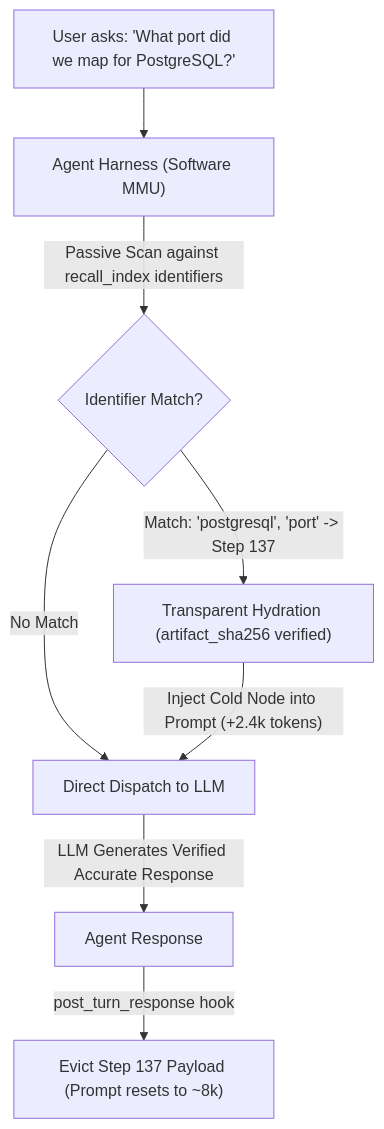
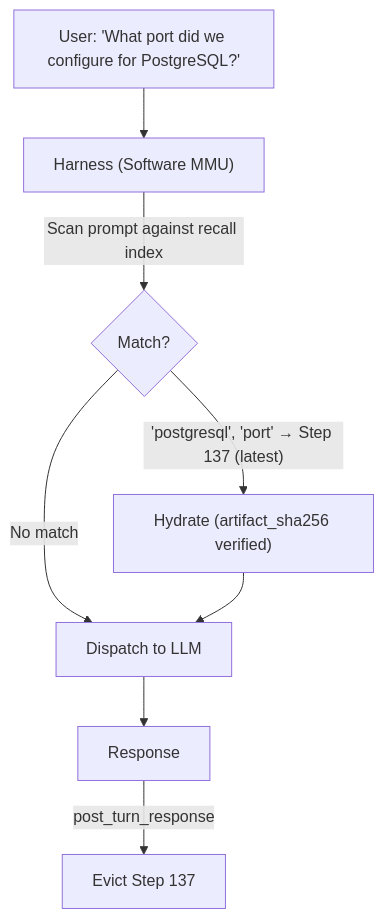
Before and after one commit to mrblackman/ContextFold: the second of 2 diagrams in README.md, drawn with Mermaid. The commit also changed other lines of this file and 8 other files, not shown here.

Commit message:
feat: multi-intent MMU (RGSC), intent ownership, per-turn budget, path containment; conformance suite (13 requirements / 16 tests)

````diff
--- a/README.md
+++ b/README.md
@@ -155,10 +150,10 @@
 ```mermaid
 flowchart TD
-    USER["User asks: 'What port did we map for PostgreSQL?'"] --> HARNESS["Agent Harness (Software MMU)"]
-    HARNESS -->|"Passive Scan against recall_index identifiers"| MATCH{"Identifier Match?"}
-    MATCH -->|"Match: 'postgresql', 'port' -> Step 137"| HYDRATE["Transparent Hydration (artifact_sha256 verified)"]
-    MATCH -->|"No Match"| DISPATCH["Direct Dispatch to LLM"]
-    HYDRATE -->|"Inject Cold Node into Prompt (+2.4k tokens)"| DISPATCH
-    DISPATCH -->|"LLM Generates Verified Accurate Response"| OUT["Agent Response"]
-    OUT -->|"post_turn_response hook"| PURGE["Evict Step 137 Payload (Prompt resets to ~8k)"]
+    USER["User: 'What port did we configure for PostgreSQL?'"] --> HARNESS["Harness (Software MMU)"]
+    HARNESS -->|"Scan prompt against recall index"| MATCH{"Match?"}
+    MATCH -->|"'postgresql', 'port' → Step 137 (latest)"| HYDRATE["Hydrate (artifact_sha256 verified)"]
+    MATCH -->|"No match"| DISPATCH["Dispatch to LLM"]
+    HYDRATE --> DISPATCH
+    DISPATCH --> OUT["Response"]
+    OUT -->|"post_turn_response"| PURGE["Evict Step 137"]
 ```
````
